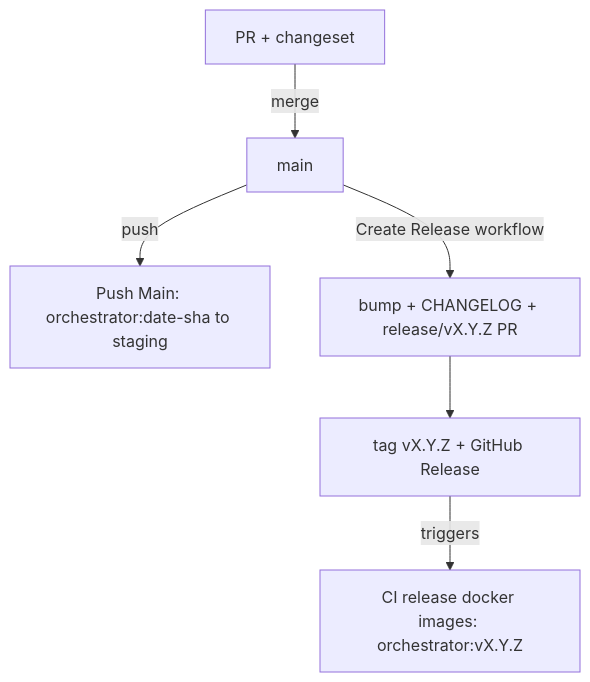
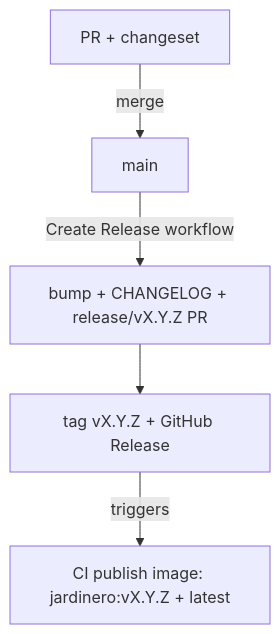
Before and after one commit to LuxorLabs/jardinero: the diagram in docs/release-process.md, drawn with Mermaid. The commit also changed other lines of this file and 4 other files, not shown here.

Commit message:
infra: allow publishing an image without cutting a release

````diff
--- a/docs/release-process.md
+++ b/docs/release-process.md
@@ -44,8 +38,7 @@
 ```mermaid
 graph TD
     PR[PR + changeset] -->|merge| MAIN[main]
-    MAIN -->|push| STG[Push Main: orchestrator:date-sha to staging]
     MAIN -->|Create Release workflow| REL[bump + CHANGELOG + release/vX.Y.Z PR]
     REL --> TAG[tag vX.Y.Z + GitHub Release]
-    TAG -->|triggers| IMG[CI release docker images: orchestrator:vX.Y.Z]
+    TAG -->|triggers| IMG[CI publish image: jardinero:vX.Y.Z + latest]
 ```
````
